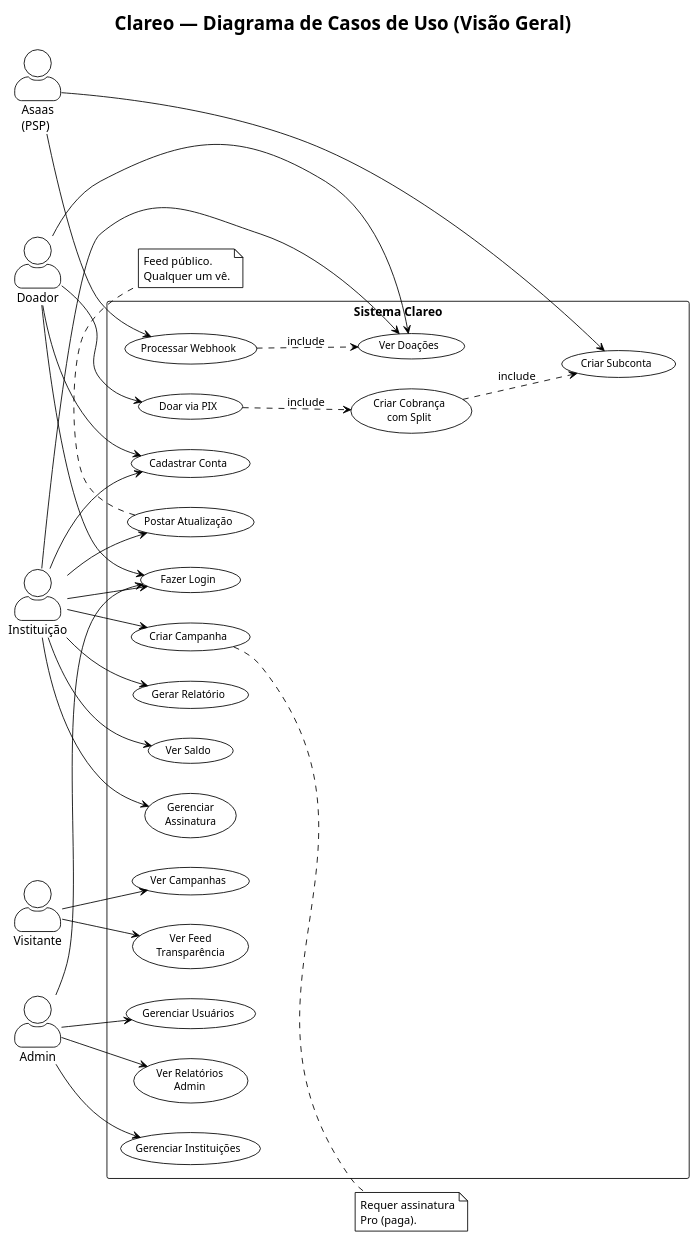
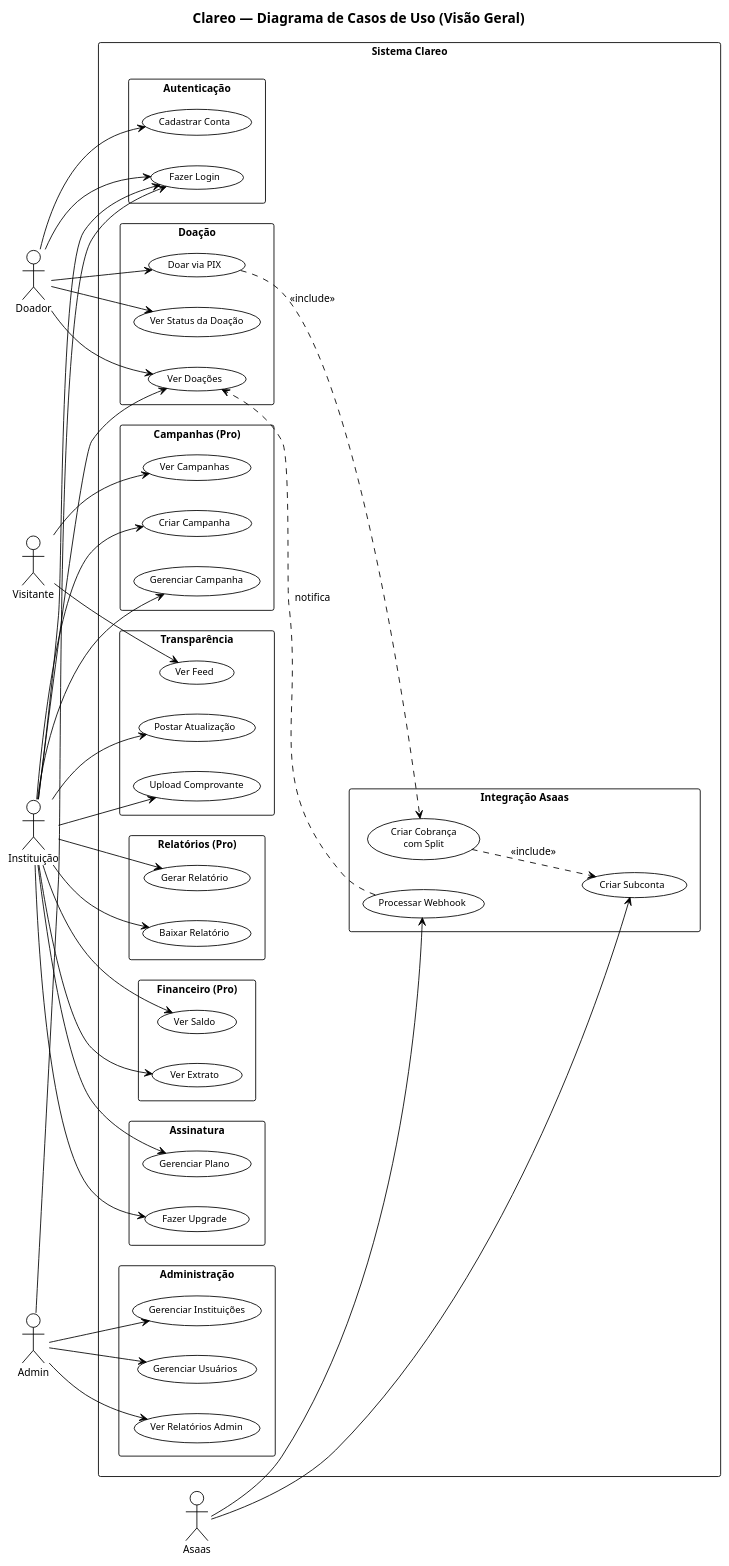
One commit to GabrielHR0/clareo-api changed the diagram in doc/asaas/diagramas/01-VISAO-GERAL.puml. Above: the diagram before and after it, drawn with PlantUML. The commit also changed 8 other files, not shown here.

Commit message:
docs: reorganizar diagramas PlantUML - bonequinhos de palito, packages, layout limpo

```diff
--- a/doc/asaas/diagramas/01-VISAO-GERAL.puml
+++ b/doc/asaas/diagramas/01-VISAO-GERAL.puml
@@ -1,77 +1,117 @@
 @startuml Clareo - Visao Geral
 !theme plain
-left to right direction
-skinparam actorStyle awesome
+skinparam defaultFontName Arial
+skinparam defaultFontSize 12
+skinparam packageFontSize 13
 skinparam packageStyle rectangle
-skinparam packageFontSize 14
-skinparam usecaseFontSize 12
-skinparam defaultFontName Arial
+skinparam useCaseFontSize 11
+skinparam actorFontSize 12
+skinparam titleFontSize 16
+skinparam titleFontStyle bold
 
 title Clareo — Diagrama de Casos de Uso (Visão Geral)
 
+left to right direction
+
+' ===== Atores =====
 actor "Visitante" as Visitor
 actor "Doador" as Donor
 actor "Instituição" as Institution
 actor "Admin" as Admin
-actor "Asaas\n(PSP)" as Asaas
+actor "Asaas" as Asaas
 
+' ===== Sistema =====
 rectangle "Sistema Clareo" {
-  usecase "Cadastrar Conta" as UC1
-  usecase "Fazer Login" as UC2
-  usecase "Ver Campanhas" as UC3
-  usecase "Ver Feed\nTransparência" as UC4
-  usecase "Doar via PIX" as UC5
-  usecase "Ver Doações" as UC6
-  usecase "Criar Campanha" as UC7
-  usecase "Postar Atualização" as UC8
-  usecase "Gerar Relatório" as UC9
-  usecase "Ver Saldo" as UC10
-  usecase "Gerenciar Instituições" as UC11
-  usecase "Gerenciar Usuários" as UC12
-  usecase "Ver Relatórios\nAdmin" as UC13
-  usecase "Criar Subconta" as UC14
-  usecase "Criar Cobrança\ncom Split" as UC15
-  usecase "Processar Webhook" as UC16
-  usecase "Gerenciar\nAssinatura" as UC17
+
+  package "Autenticação" {
+    usecase "Cadastrar Conta" as UC1
+    usecase "Fazer Login" as UC2
+  }
+
+  package "Doação" {
+    usecase "Doar via PIX" as UC3
+    usecase "Ver Doações" as UC4
+    usecase "Ver Status da Doação" as UC5
+  }
+
+  package "Campanhas (Pro)" {
+    usecase "Criar Campanha" as UC6
+    usecase "Ver Campanhas" as UC7
+    usecase "Gerenciar Campanha" as UC8
+  }
+
+  package "Transparência" {
+    usecase "Postar Atualização" as UC9
+    usecase "Ver Feed" as UC10
+    usecase "Upload Comprovante" as UC11
+  }
+
+  package "Relatórios (Pro)" {
+    usecase "Gerar Relatório" as UC12
+    usecase "Baixar Relatório" as UC13
+  }
+
+  package "Financeiro (Pro)" {
+    usecase "Ver Saldo" as UC14
+    usecase "Ver Extrato" as UC15
+  }
+
+  package "Assinatura" {
+    usecase "Gerenciar Plano" as UC16
+    usecase "Fazer Upgrade" as UC17
+  }
+
+  package "Administração" {
+    usecase "Gerenciar Instituições" as UC18
+    usecase "Gerenciar Usuários" as UC19
+    usecase "Ver Relatórios Admin" as UC20
+  }
+
+  package "Integração Asaas" {
+    usecase "Criar Subconta" as UC21
+    usecase "Criar Cobrança\ncom Split" as UC22
+    usecase "Processar Webhook" as UC23
+  }
 }
 
-Visitor --> UC3
-Visitor --> UC4
+' ===== Visitante =====
+Visitor --> UC7
+Visitor --> UC10
 
+' ===== Doador =====
 Donor --> UC1
 Donor --> UC2
+Donor --> UC3
+Donor --> UC4
 Donor --> UC5
-Donor --> UC6
 
-Institution --> UC1
+' ===== Instituição =====
 Institution --> UC2
+Institution --> UC4
 Institution --> UC6
-Institution --> UC7
 Institution --> UC8
 Institution --> UC9
-Institution --> UC10
+Institution --> UC11
+Institution --> UC12
+Institution --> UC13
+Institution --> UC14
+Institution --> UC15
+Institution --> UC16
 Institution --> UC17
 
+' ===== Admin =====
 Admin --> UC2
-Admin --> UC11
-Admin --> UC12
-Admin --> UC13
+Admin --> UC18
+Admin --> UC19
+Admin --> UC20
 
-Asaas --> UC14
-Asaas --> UC16
+' ===== Asaas =====
+Asaas --> UC21
+Asaas --> UC23
 
-UC5 ..> UC15 : include
-UC15 ..> UC14 : include
-UC16 ..> UC6 : include
-
-note right of UC7
-  Requer assinatura
-  Pro (paga).
-end note
-
-note bottom of UC8
-  Feed público.
-  Qualquer um vê.
-end note
+' ===== Relacionamentos =====
+UC3 ..> UC22 : <<include>>
+UC22 ..> UC21 : <<include>>
+UC23 ..> UC4 : notifica
 
 @enduml
```
